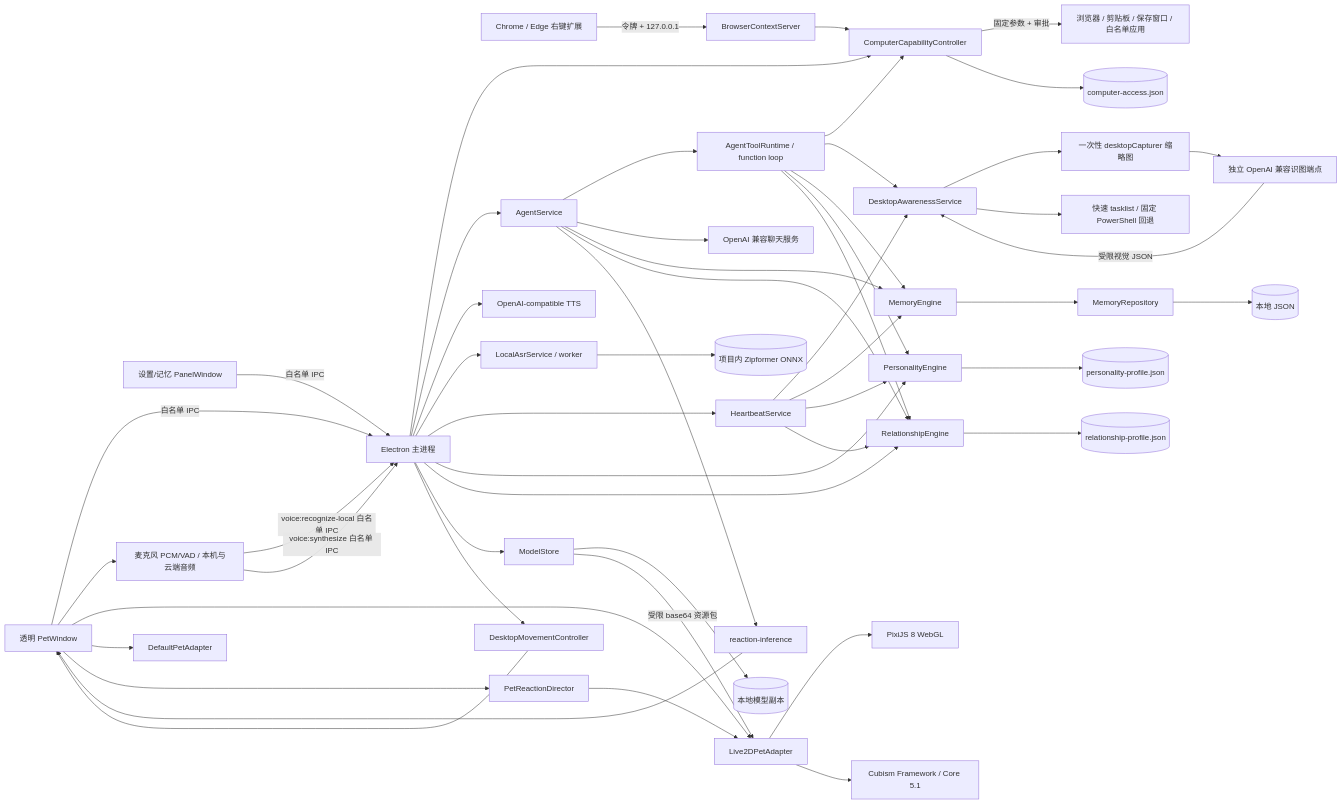
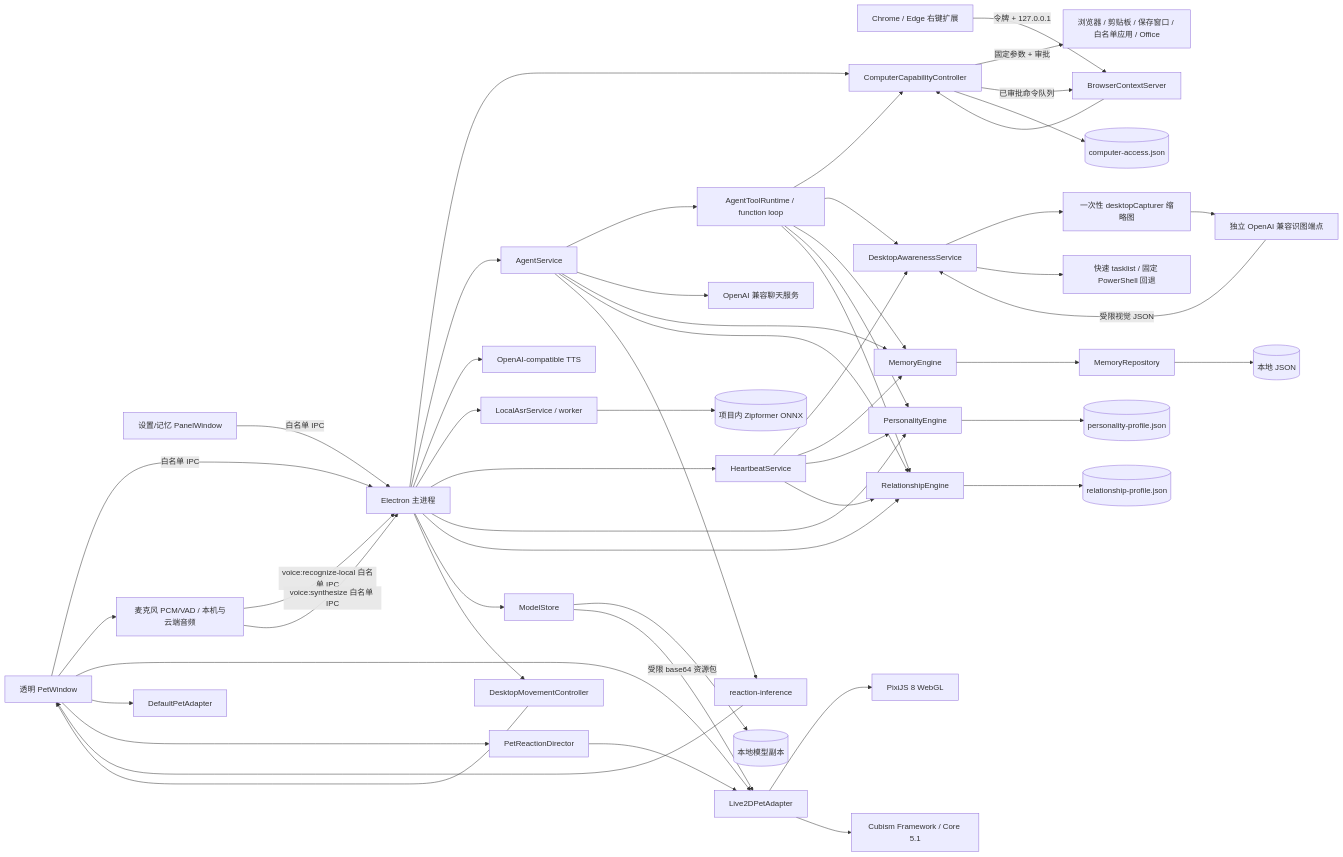
Before and after one commit to MonsterN58/memory-pet-agent: the first of 6 diagrams in docs/ARCHITECTURE.md, drawn with Mermaid. The commit also changed other lines of this file and 150 other files, not shown here.

````diff
--- a/docs/ARCHITECTURE.md
+++ b/docs/ARCHITECTURE.md
@@ -5,54 +5,55 @@
 ```mermaid
 flowchart LR
   UI[透明 PetWindow] -->|白名单 IPC| Main[Electron 主进程]
   Panel[设置/记忆 PanelWindow] -->|白名单 IPC| Main
   Extension[Chrome / Edge 右键扩展] -->|令牌 + 127.0.0.1| BrowserBridge[BrowserContextServer]
   BrowserBridge --> Capability[ComputerCapabilityController]
   Main --> Capability
-  Capability -->|固定参数 + 审批| DesktopTools[浏览器 / 剪贴板 / 保存窗口 / 白名单应用]
+  Capability -->|固定参数 + 审批| DesktopTools[浏览器 / 剪贴板 / 保存窗口 / 白名单应用 / Office]
+  Capability -->|已审批命令队列| BrowserBridge
   Capability --> Audit[(computer-access.json)]
   Main --> Agent[AgentService]
   Agent --> ToolLoop[AgentToolRuntime / function loop]
   ToolLoop --> Capability
   ToolLoop --> Awareness
   ToolLoop --> Memory
   ToolLoop --> Personality
   ToolLoop --> Relationship
   Main --> TTS[OpenAI-compatible TTS]
   Main --> ASR[LocalAsrService / worker]
   ASR --> ASRModel[(项目内 Zipformer ONNX)]
   Main --> Heartbeat[HeartbeatService]
   Heartbeat --> Awareness[DesktopAwarenessService]
   Awareness --> Screen[一次性 desktopCapturer 缩略图]
   Screen --> Vision[独立 OpenAI 兼容识图端点]
   Vision -->|受限视觉 JSON| Awareness
   Awareness --> Processes[快速 tasklist / 固定 PowerShell 回退]
   Agent --> Provider[OpenAI 兼容聊天服务]
   Agent --> Memory[MemoryEngine]
   Heartbeat --> Memory
   Main --> Personality[PersonalityEngine]
   Heartbeat --> Personality
   Personality --> PersonalityStore[(personality-profile.json)]
   Main --> Relationship[RelationshipEngine]
   Agent --> Relationship
   Heartbeat --> Relationship
   Relationship --> RelationshipStore[(relationship-profile.json)]
   Memory --> Repo[MemoryRepository]
   Repo --> Disk[(本地 JSON)]
   Main --> ModelStore[ModelStore]
   ModelStore --> ModelDisk[(本地模型副本)]
   ModelStore -->|受限 base64 资源包| Live2DModel[Live2DPetAdapter]
   Live2DModel --> Pixi[PixiJS 8 WebGL]
   Live2DModel --> Cubism[Cubism Framework / Core 5.1]
   UI --> Voice[麦克风 PCM/VAD / 本机与云端音频]
   Voice -->|voice:recognize-local 白名单 IPC| Main
   Voice -->|voice:synthesize 白名单 IPC| Main
   UI --> Live2DModel
   UI --> Fallback[DefaultPetAdapter]
   Main --> Move[DesktopMovementController]
   Move --> UI
   Agent --> Reaction[reaction-inference]
   Reaction --> UI
   UI --> Director[PetReactionDirector]
   Director --> Live2DModel
 ```
````
